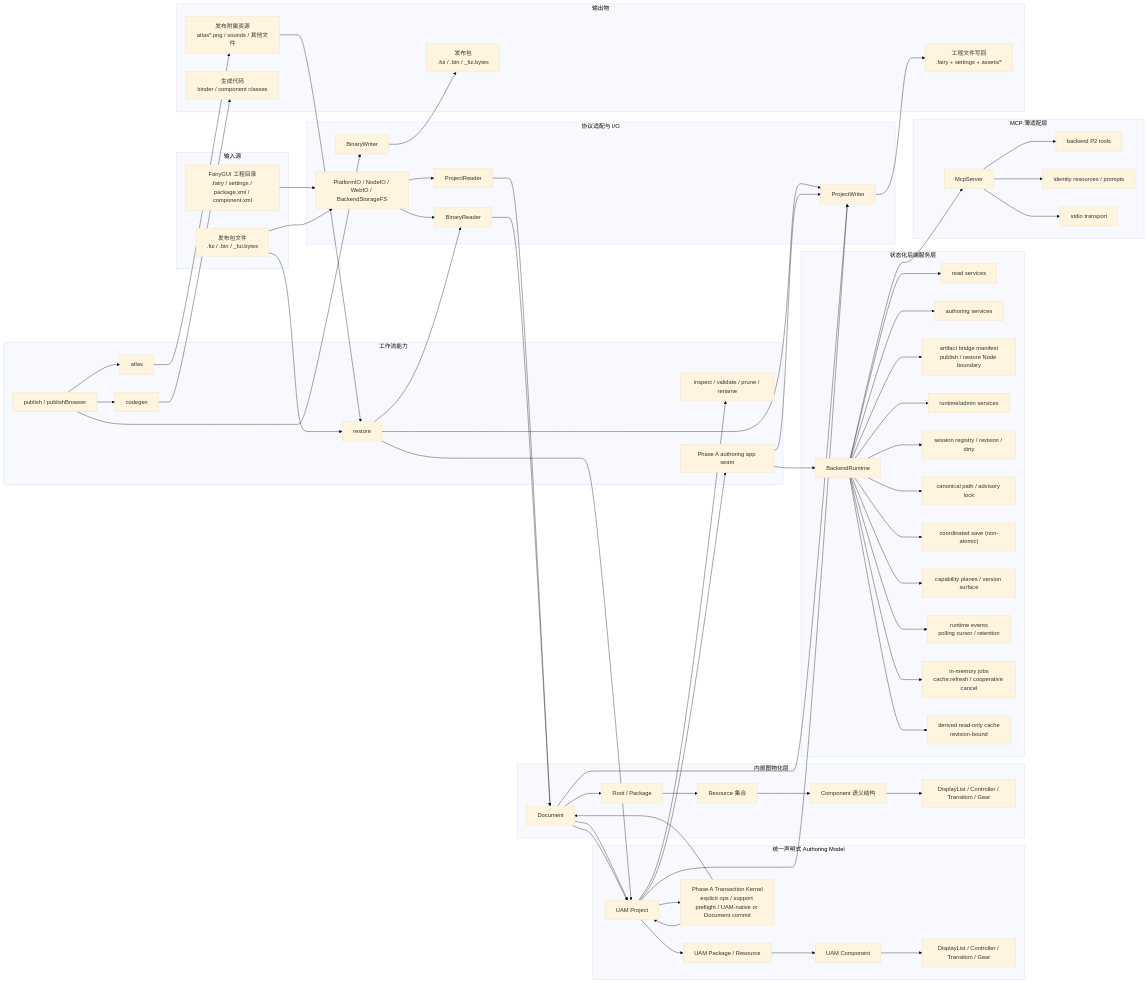
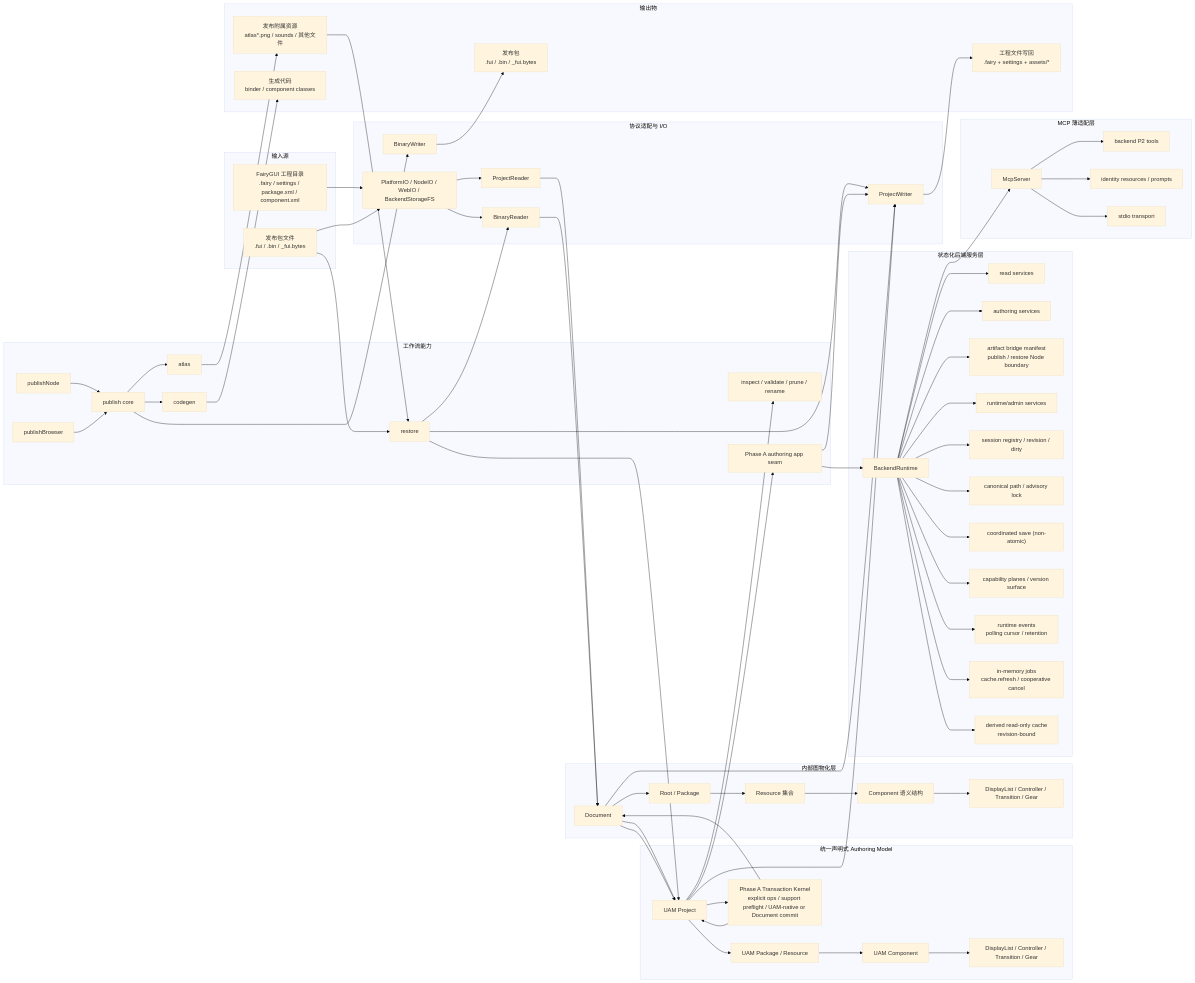
One commit to OpenFairyGUI/OpenFairyGUI changed the first of 2 diagrams in docs/architecture-overview.md. Above: the diagram before and after it, drawn with Mermaid (base theme). The commit also changed other lines of this file and 17 other files, not shown here.

```diff
--- a/docs/architecture-overview.md
+++ b/docs/architecture-overview.md
@@ -43,10 +43,14 @@
     subgraph WF["工作流能力"]
         OPS["inspect / validate / prune / rename"]
         APP["Phase A authoring app seam"]
-        PUB["publish / publishBrowser"]
+        PUB["publish core"]
+        PUBNODE["publishNode"]
+        PUBWEB["publishBrowser"]
         RST["restore"]
         ATLAS["atlas"]
         CG["codegen"]
+        PUBNODE --> PUB
+        PUBWEB --> PUB
     end
 
     subgraph BE["状态化后端服务层"]
```
